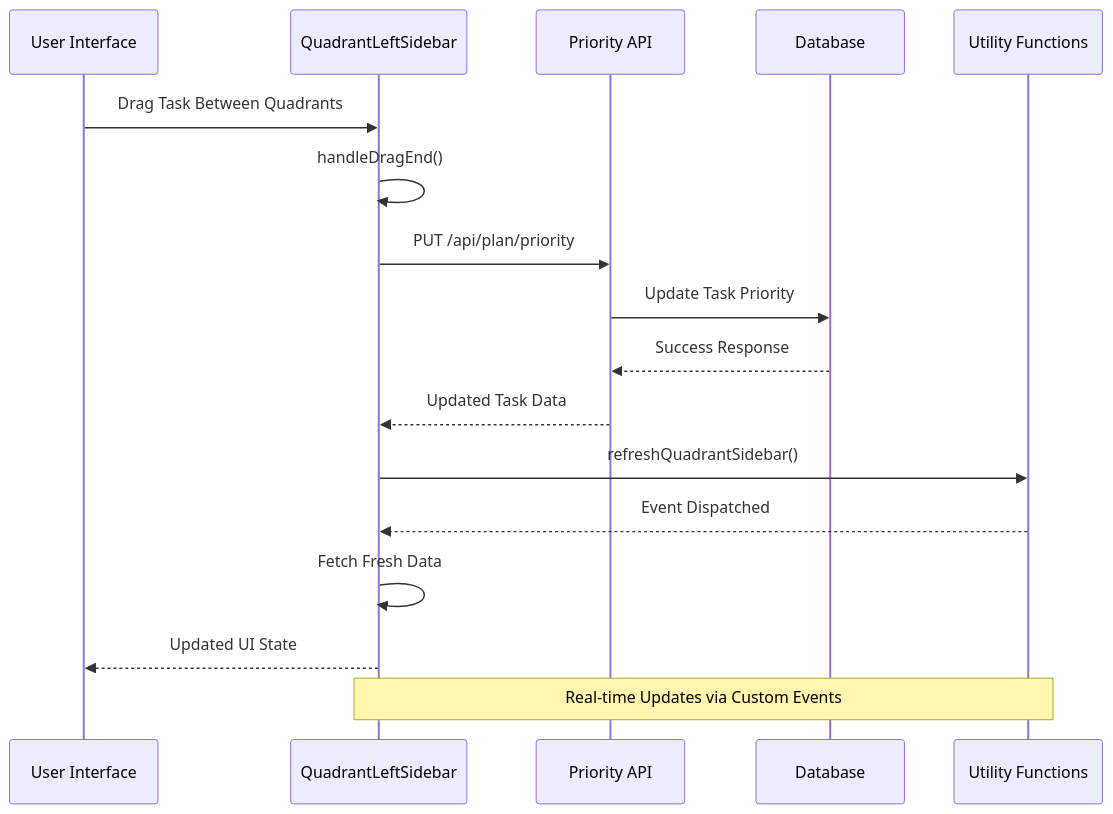
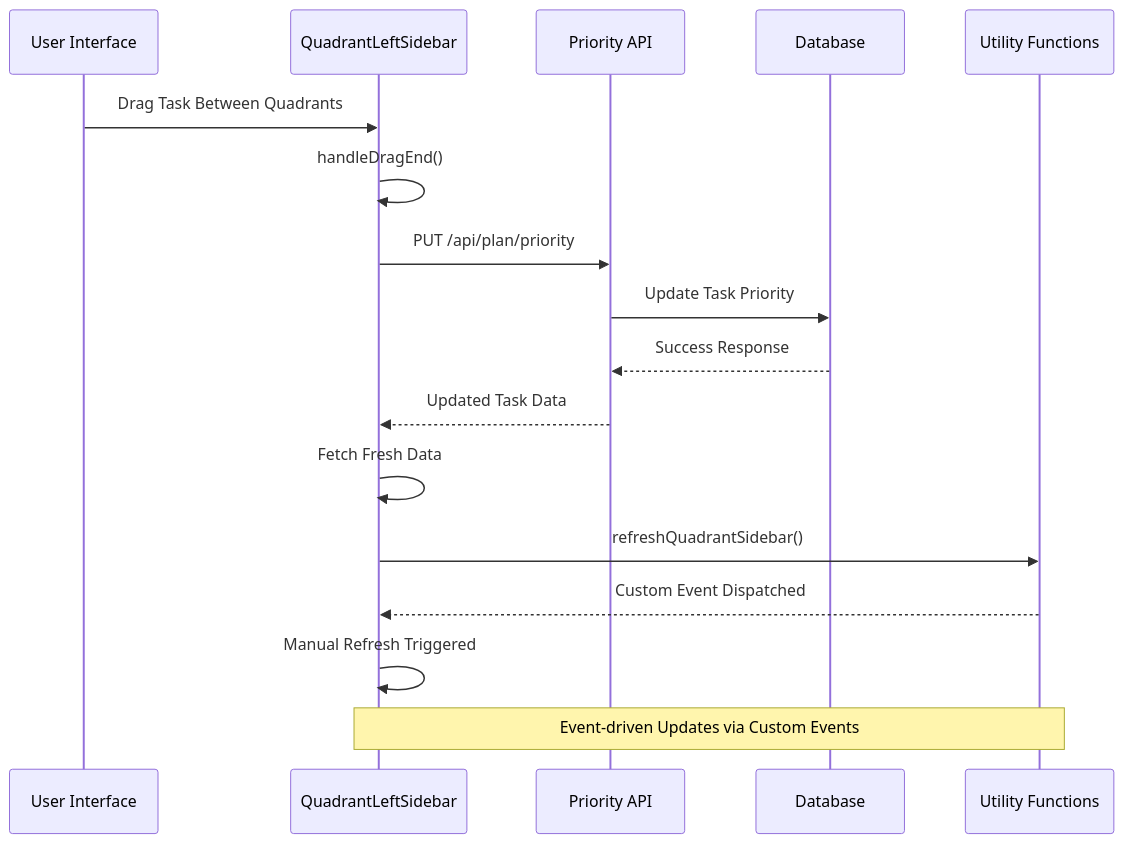
One commit to peixuanhu/goal-mate changed the third of 8 diagrams in .qoder/repowiki/en/content/Quadrant Left Sidebar.md. Above: the diagram before and after it, drawn with Mermaid. The commit also changed other lines of this file and 2 other files, not shown here.

First line of the commit message:
docs(quadrant-left-sidebar): update docs to reflect event-driven refresh model

````diff
--- a/.qoder/repowiki/en/content/Quadrant Left Sidebar.md
+++ b/.qoder/repowiki/en/content/Quadrant Left Sidebar.md
@@ -126,19 +133,19 @@
 ```mermaid
 sequenceDiagram
 participant User as User Interface
 participant Sidebar as QuadrantLeftSidebar
 participant API as Priority API
 participant DB as Database
 participant Utils as Utility Functions
 User->>Sidebar : Drag Task Between Quadrants
 Sidebar->>Sidebar : handleDragEnd()
 Sidebar->>API : PUT /api/plan/priority
 API->>DB : Update Task Priority
 DB-->>API : Success Response
 API-->>Sidebar : Updated Task Data
+Sidebar->>Sidebar : Fetch Fresh Data
 Sidebar->>Utils : refreshQuadrantSidebar()
-Utils-->>Sidebar : Event Dispatched
-Sidebar->>Sidebar : Fetch Fresh Data
-Sidebar-->>User : Updated UI State
-Note over Sidebar,Utils : Real-time Updates via Custom Events
+Utils-->>Sidebar : Custom Event Dispatched
+Sidebar->>Sidebar : Manual Refresh Triggered
+Note over Sidebar,Utils : Event-driven Updates via Custom Events
 ```
````
